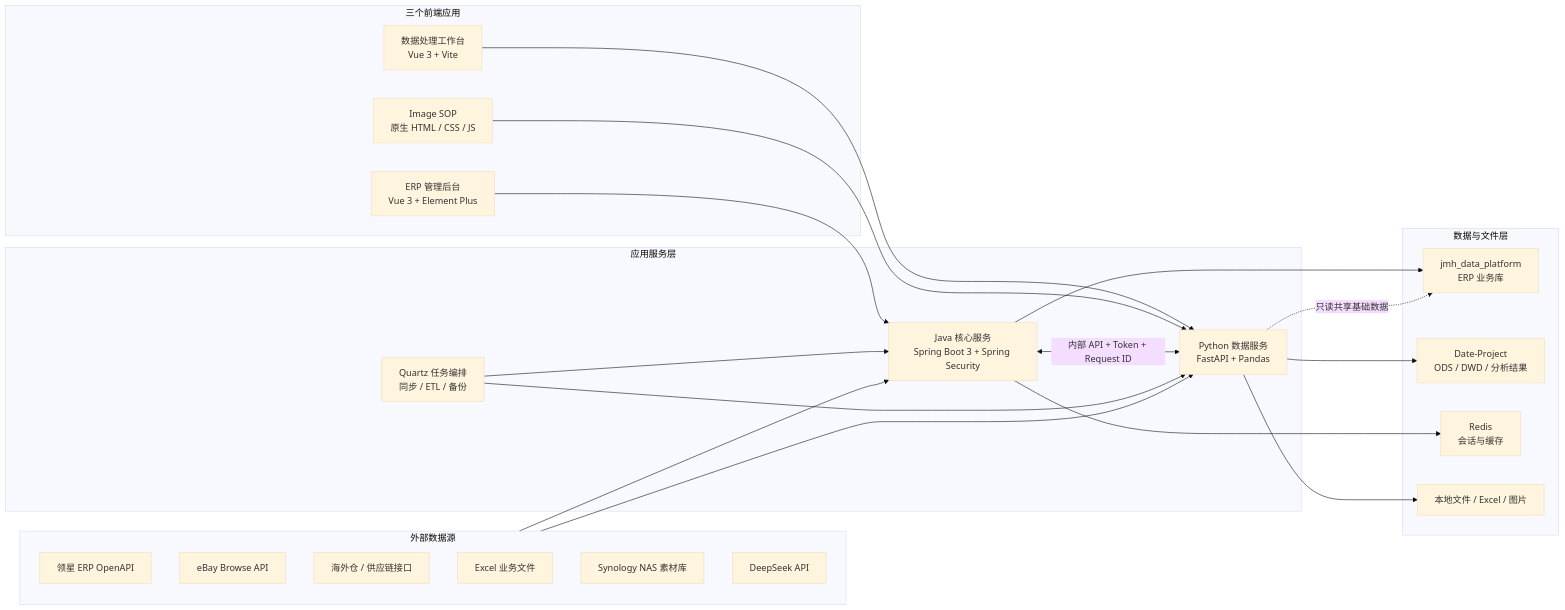
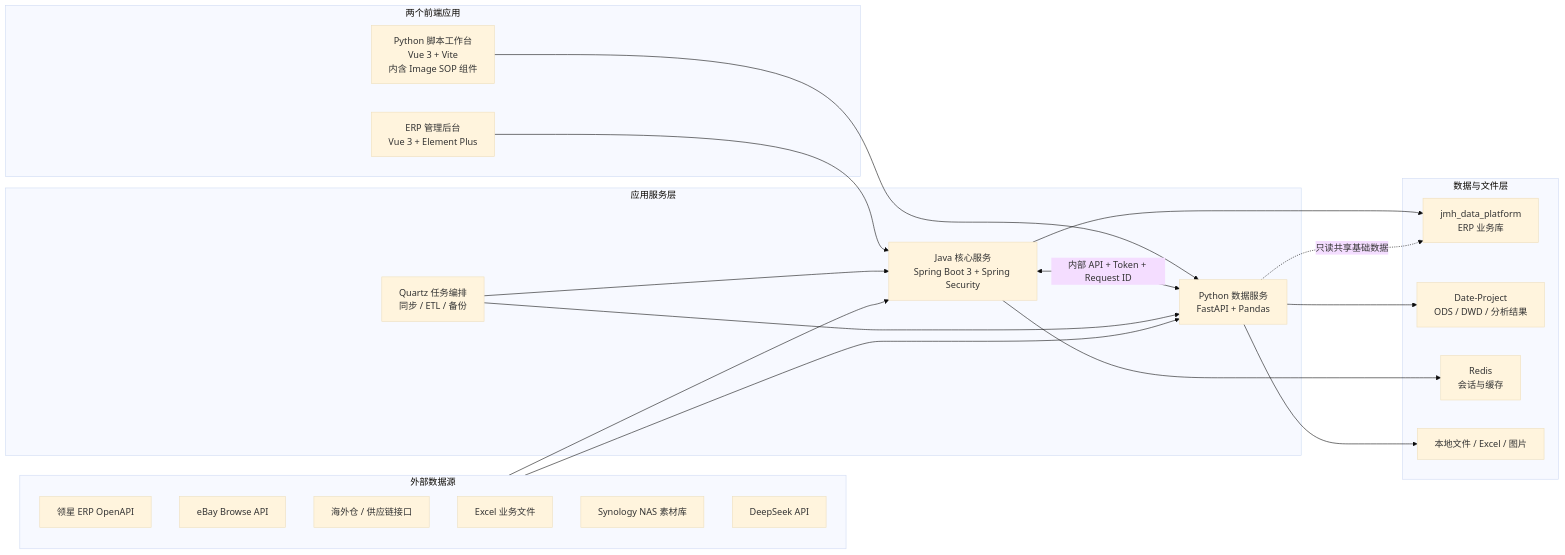
The first of 3 diagrams in README.md (Leiyongyu/JMH-Date-Platform), drawn with Mermaid (base theme) before and after one commit. The commit also changed other lines of this file and 78 other files, not shown here.

````diff
--- a/README.md
+++ b/README.md
@@ -41,44 +41,42 @@
 ```mermaid
 flowchart LR
     subgraph Sources["外部数据源"]
         LX["领星 ERP OpenAPI"]
         EB["eBay Browse API"]
         GC["海外仓 / 供应链接口"]
         EX["Excel 业务文件"]
         NAS["Synology NAS 素材库"]
         AI["DeepSeek API"]
     end
 
-    subgraph Frontends["三个前端应用"]
+    subgraph Frontends["两个前端应用"]
         ERP["ERP 管理后台<br/>Vue 3 + Element Plus"]
-        DATA["数据处理工作台<br/>Vue 3 + Vite"]
-        SOP["Image SOP<br/>原生 HTML / CSS / JS"]
+        DATA["Python 脚本工作台<br/>Vue 3 + Vite<br/>内含 Image SOP 组件"]
     end
 
     subgraph Services["应用服务层"]
         JAVA["Java 核心服务<br/>Spring Boot 3 + Spring Security"]
         PY["Python 数据服务<br/>FastAPI + Pandas"]
         JOB["Quartz 任务编排<br/>同步 / ETL / 备份"]
     end
 
     subgraph Storage["数据与文件层"]
         DB1["jmh_data_platform<br/>ERP 业务库"]
         DB2["Date-Project<br/>ODS / DWD / 分析结果"]
         REDIS["Redis<br/>会话与缓存"]
         FILES["本地文件 / Excel / 图片"]
     end
 
     Sources --> JAVA
     Sources --> PY
     ERP --> JAVA
     DATA --> PY
-    SOP --> PY
     JAVA <-->|"内部 API + Token + Request ID"| PY
     JOB --> JAVA
     JOB --> PY
     JAVA --> DB1
     JAVA --> REDIS
     PY --> DB2
     PY -.->|"只读共享基础数据"| DB1
     PY --> FILES
 ```
````
